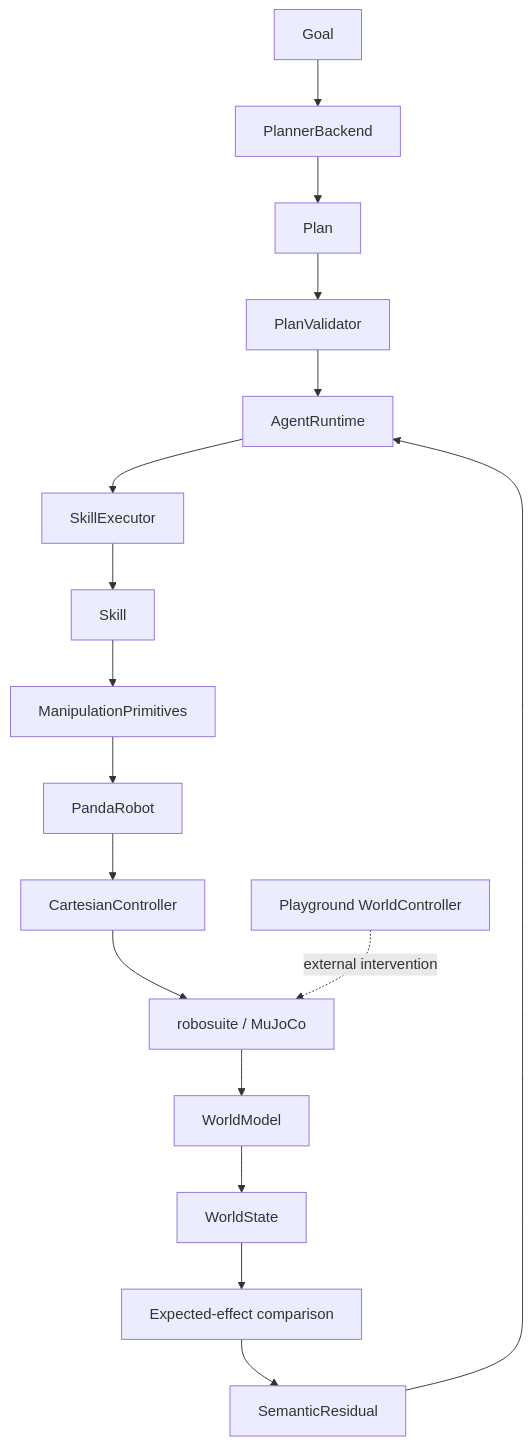
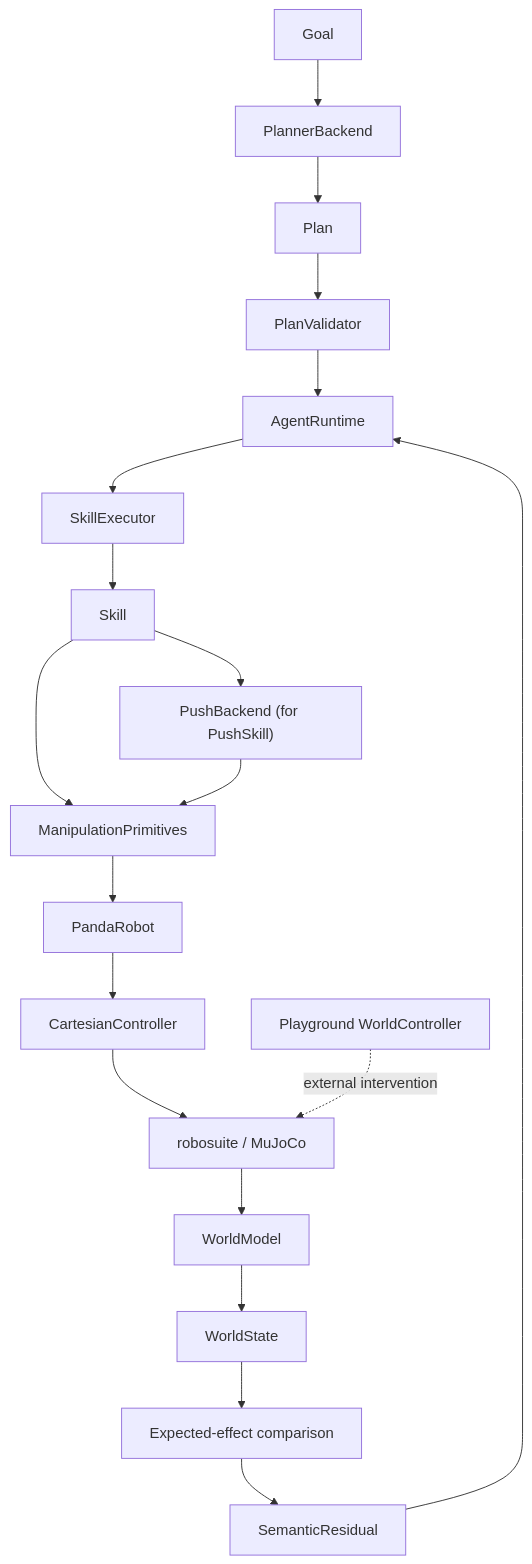
The diagram in docs/architecture.md (Block-O2/semantic-manipulation-stack), drawn with Mermaid before and after one commit. The commit also changed other lines of this file and 38 other files, not shown here.

````diff
--- a/docs/architecture.md
+++ b/docs/architecture.md
@@ -9,21 +9,23 @@
 ```mermaid
 flowchart TD
     G["Goal"] --> P["PlannerBackend"]
     P --> PL["Plan"]
     PL --> V["PlanValidator"]
     V --> A["AgentRuntime"]
     A --> E["SkillExecutor"]
     E --> S["Skill"]
+    S --> PB["PushBackend (for PushSkill)"]
     S --> PR["ManipulationPrimitives"]
+    PB --> PR
     PR --> R["PandaRobot"]
     R --> C["CartesianController"]
     C --> SIM["robosuite / MuJoCo"]
 
     SIM --> WM["WorldModel"]
     WM --> WS["WorldState"]
     WS --> EV["Expected-effect comparison"]
     EV --> RES["SemanticResidual"]
     RES --> A
 
     WC["Playground WorldController"] -. "external intervention" .-> SIM
 ```
````
